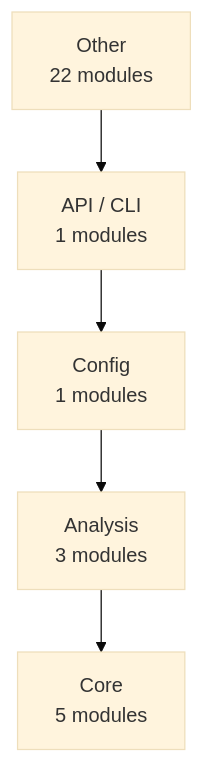
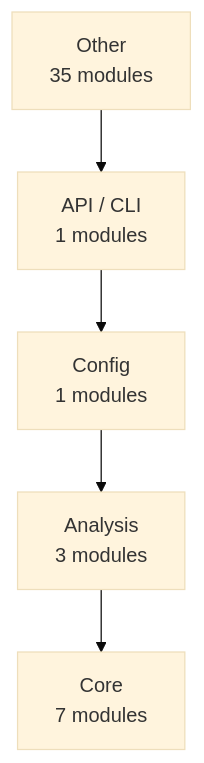
One commit to wronai/fixos changed the first of 3 diagrams in docs/architecture.md. Above: the diagram before and after it, drawn with Mermaid (base theme). The commit also changed other lines of this file and 31 other files, not shown here.

````diff
--- a/docs/architecture.md
+++ b/docs/architecture.md
@@ -39,12 +39,12 @@
 ```mermaid
 graph TD
-    Other["Other<br/>22 modules"]
+    Other["Other<br/>35 modules"]
     API___CLI["API / CLI<br/>1 modules"]
     Config["Config<br/>1 modules"]
     Analysis["Analysis<br/>3 modules"]
-    Core["Core<br/>5 modules"]
+    Core["Core<br/>7 modules"]
     Other --> API___CLI
     API___CLI --> Config
     Config --> Analysis
     Analysis --> Core
 ```
````
